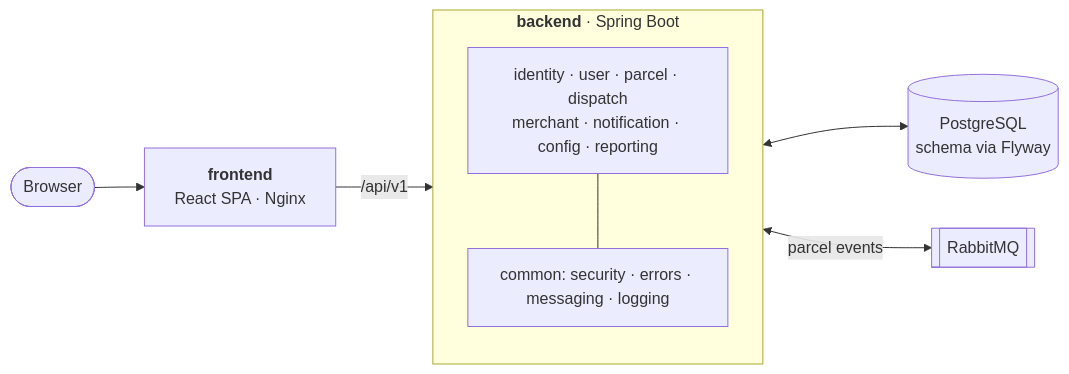
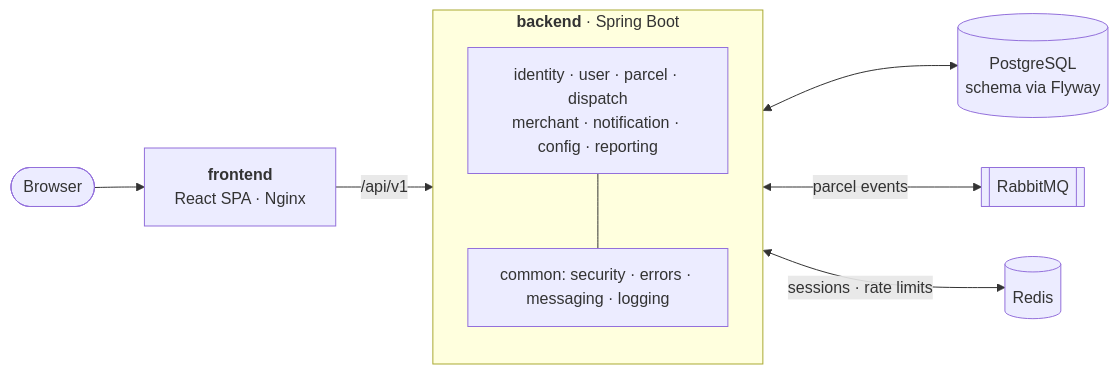
One commit to dinithrathnayaka23/swiftdrop changed the diagram in README.md. Above: the diagram before and after it, drawn with Mermaid. The commit also changed other lines of this file, not shown here.

Commit message:
docs: document authentication, sign-in pages and Redis setup

````diff
--- a/README.md
+++ b/README.md
@@ -52,15 +53,16 @@
 ```mermaid
 flowchart LR
     user([Browser]) --> fe["<b>frontend</b><br/>React SPA · Nginx"]
     fe -- "/api/v1" --> be
 
     subgraph be["<b>backend</b> · Spring Boot"]
         direction TB
         mods["identity · user · parcel · dispatch<br/>merchant · notification · config · reporting"]
         common["common: security · errors · messaging · logging"]
         mods --- common
     end
 
     be <--> db[("PostgreSQL<br/>schema via Flyway")]
     be <-- "parcel events" --> mq[["RabbitMQ"]]
+    be <-- "sessions · rate limits" --> cache[("Redis")]
 ```
````
